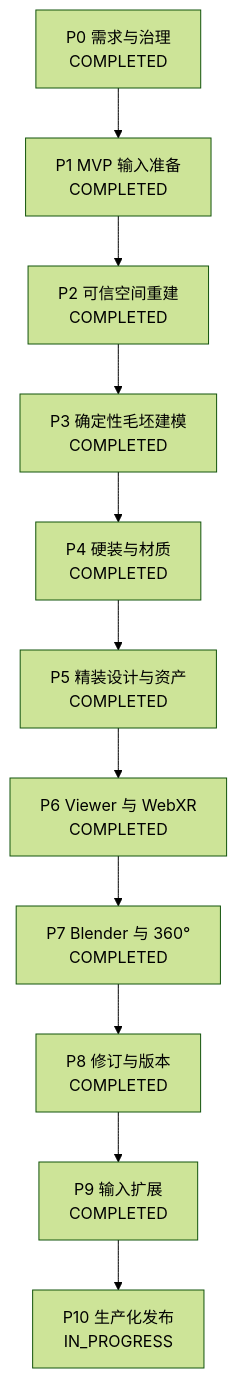
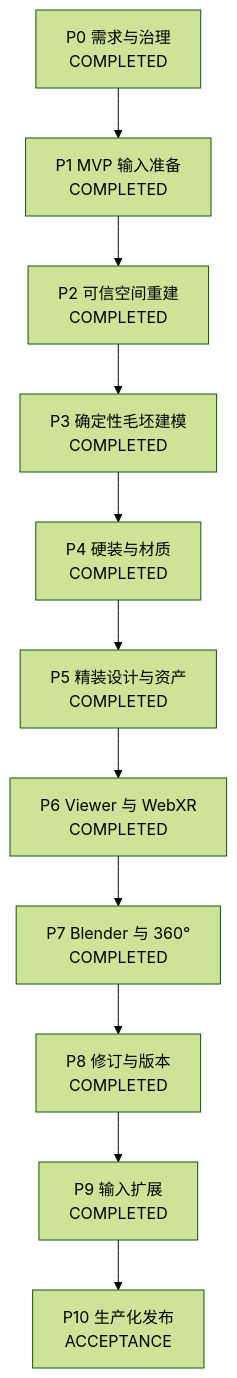
The second of 2 diagrams in 需求文档.md (keson-skill/VR-3D-Skill), drawn with Mermaid (forest theme) before and after one commit. The commit also changed other lines of this file and 94 other files, not shown here.

````diff
--- a/需求文档.md
+++ b/需求文档.md
@@ -438,13 +438,13 @@
 ```mermaid
 flowchart TD
     P0["P0 需求与治理<br/>COMPLETED"] --> P1["P1 MVP 输入准备<br/>COMPLETED"]
     P1 --> P2["P2 可信空间重建<br/>COMPLETED"]
     P2 --> P3["P3 确定性毛坯建模<br/>COMPLETED"]
     P3 --> P4["P4 硬装与材质<br/>COMPLETED"]
     P4 --> P5["P5 精装设计与资产<br/>COMPLETED"]
     P5 --> P6["P6 Viewer 与 WebXR<br/>COMPLETED"]
     P6 --> P7["P7 Blender 与 360°<br/>COMPLETED"]
     P7 --> P8["P8 修订与版本<br/>COMPLETED"]
     P8 --> P9["P9 输入扩展<br/>COMPLETED"]
-    P9 --> P10["P10 生产化发布<br/>IN_PROGRESS"]
+    P9 --> P10["P10 生产化发布<br/>ACCEPTANCE"]
 ```
````
